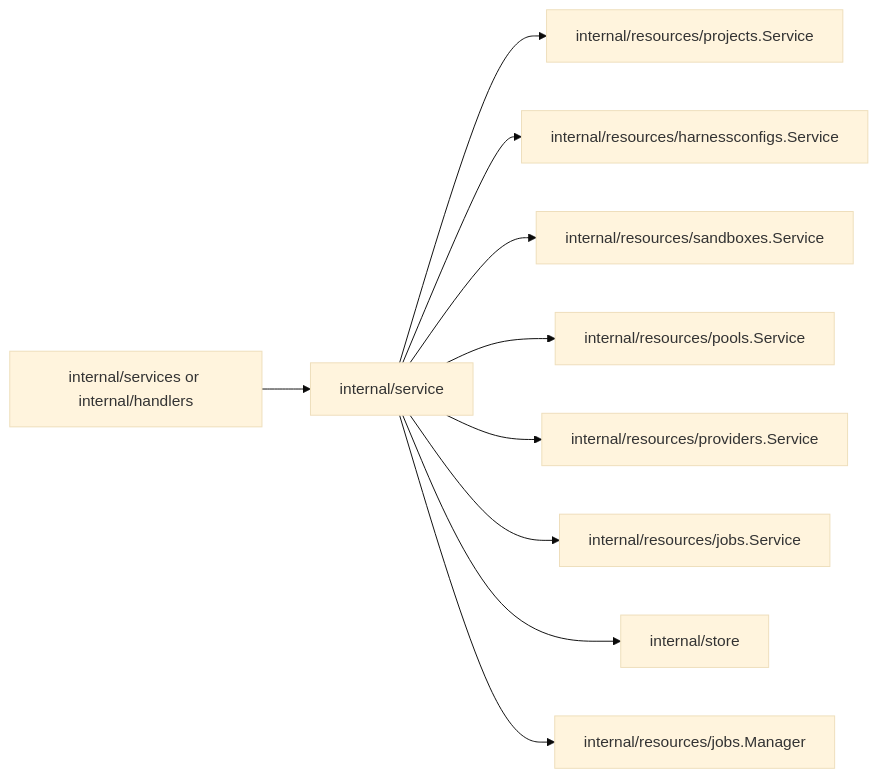
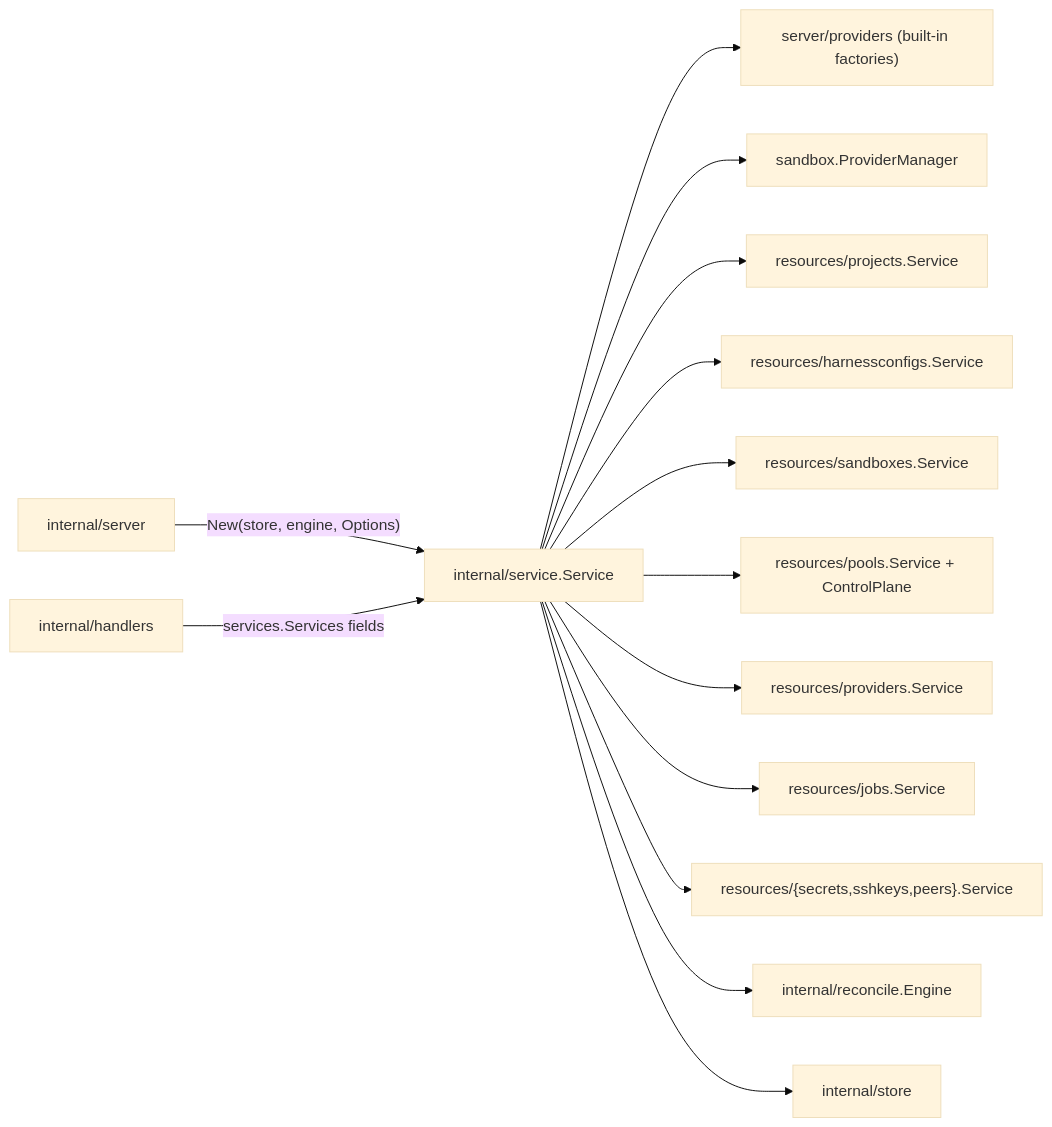
One commit to discobox-ai/discobox changed the first of 2 diagrams in server/internal/service/DESIGN.md. Above: the diagram before and after it, drawn with Mermaid (base theme). The commit also changed other lines of this file and 37 other files, not shown here.

````diff
--- a/server/internal/service/DESIGN.md
+++ b/server/internal/service/DESIGN.md
@@ -9,12 +9,16 @@
 ```mermaid
 flowchart LR
-    api[internal/services or internal/handlers] --> service[internal/service]
-    service --> projects[internal/resources/projects.Service]
-    service --> harnessconfigs[internal/resources/harnessconfigs.Service]
-    service --> sandboxes[internal/resources/sandboxes.Service]
-    service --> pools[internal/resources/pools.Service]
-    service --> providers[internal/resources/providers.Service]
-    service --> jobsvc[internal/resources/jobs.Service]
+    server[internal/server] -->|"New(store, engine, Options)"| service[internal/service.Service]
+    handlers[internal/handlers] -->|services.Services fields| service
+    service --> registry["server/providers (built-in factories)"]
+    service --> pm[sandbox.ProviderManager]
+    service --> projects[resources/projects.Service]
+    service --> harnessconfigs[resources/harnessconfigs.Service]
+    service --> sandboxes[resources/sandboxes.Service]
+    service --> pools["resources/pools.Service + ControlPlane"]
+    service --> providers[resources/providers.Service]
+    service --> jobs[resources/jobs.Service]
+    service --> others["resources/{secrets,sshkeys,peers}.Service"]
+    service --> engine[internal/reconcile.Engine]
     service --> store[internal/store]
-    service --> jobs[internal/resources/jobs.Manager]
 ```
````
